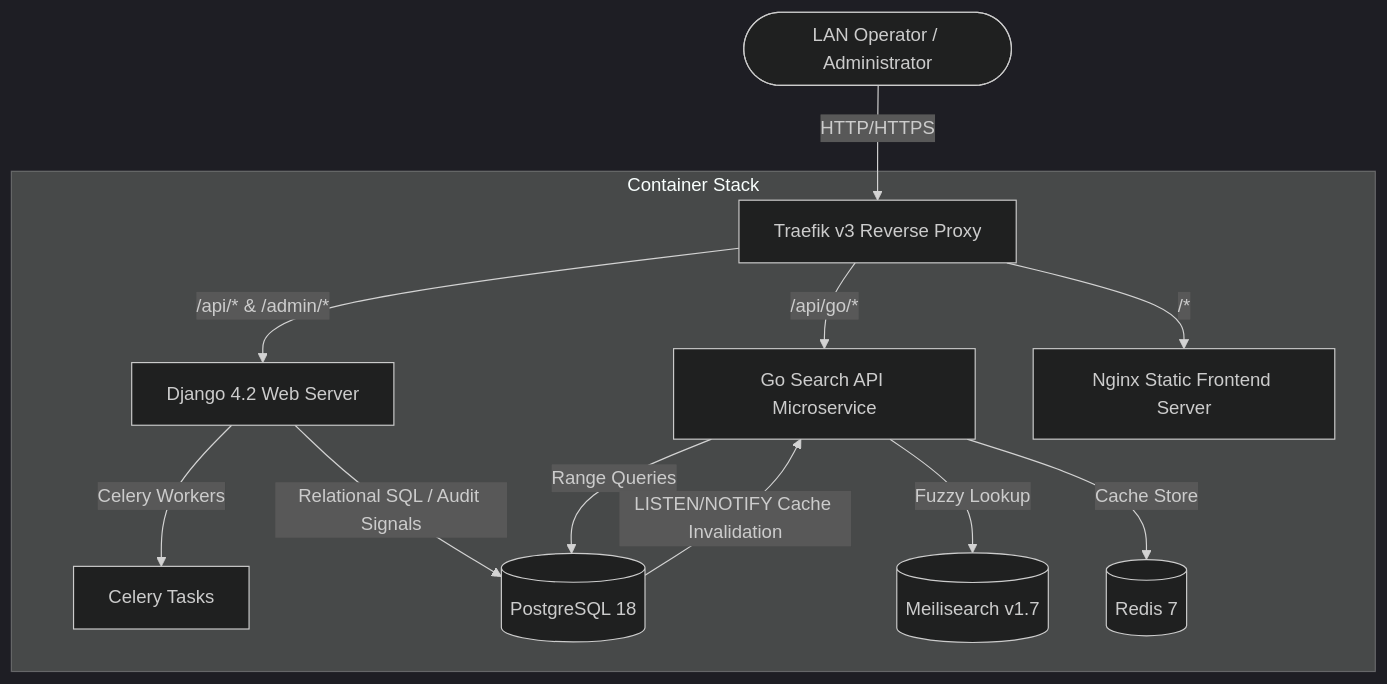
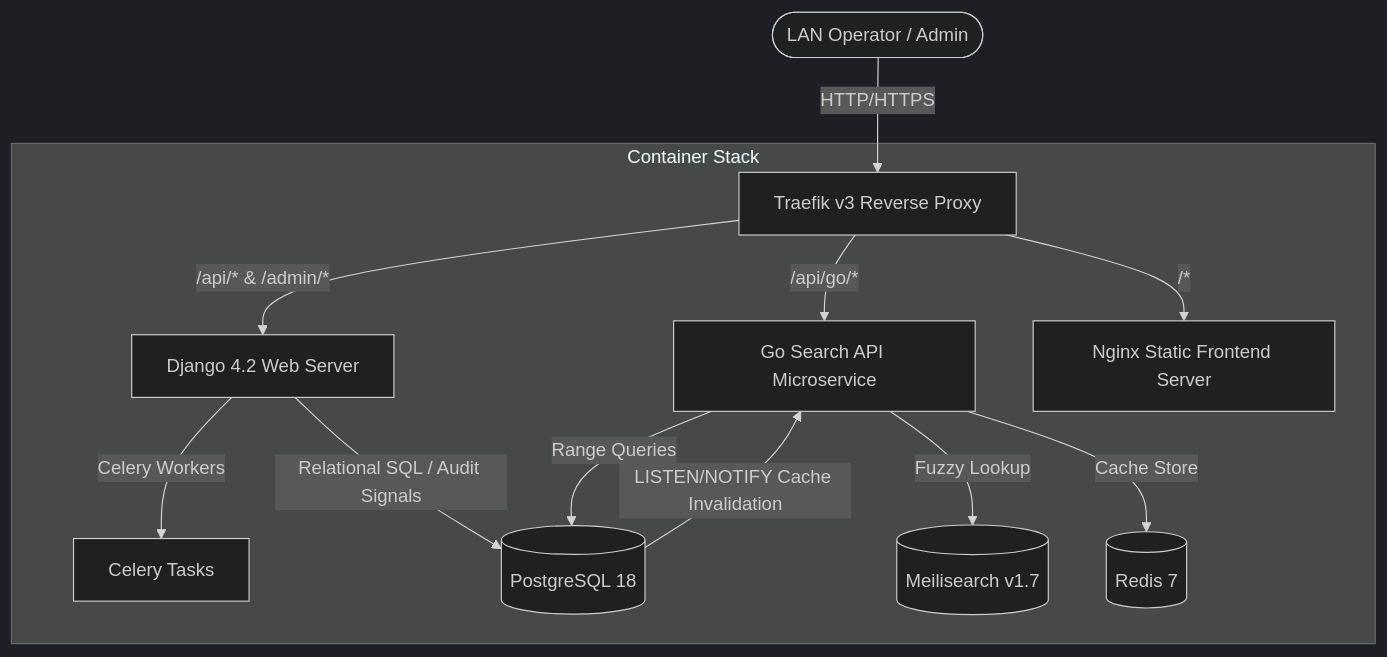
Before and after one commit to sauryah/dms-o2: the diagram in README.md, drawn with Mermaid (dark theme). The commit also changed other lines of this file and 7 other files, not shown here.

````diff
--- a/README.md
+++ b/README.md
@@ -47,19 +34,19 @@
 ```mermaid
 graph TD
-    User([LAN Operator / Administrator]) -->|HTTP/HTTPS| Traefik[Traefik v3 Reverse Proxy]
+    User([LAN Operator / Admin]) -->|HTTP/HTTPS| Traefik[Traefik v3 Reverse Proxy]
     
     subgraph Container Stack
         Traefik -->|/api/go/*| GoAPI[Go Search API Microservice]
         Traefik -->|/api/* & /admin/*| Django[Django 4.2 Web Server]
         Traefik -->|/*| Nginx[Nginx Static Frontend Server]
         
         Django -->|Celery Workers| Celery[Celery Tasks]
         Django -->|Relational SQL / Audit Signals| Postgres[(PostgreSQL 18)]
         
         GoAPI -->|Fuzzy Lookup| Meili[(Meilisearch v1.7)]
         GoAPI -->|Cache Store| Redis[(Redis 7)]
         GoAPI -->|Range Queries| Postgres
         
         Postgres -->|LISTEN/NOTIFY Cache Invalidation| GoAPI
     end
 ```
````
